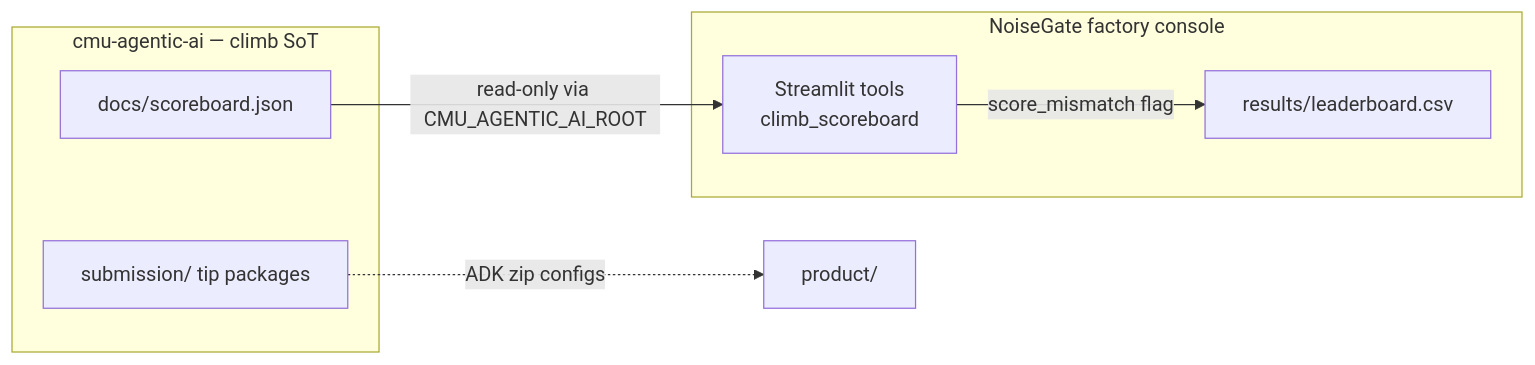
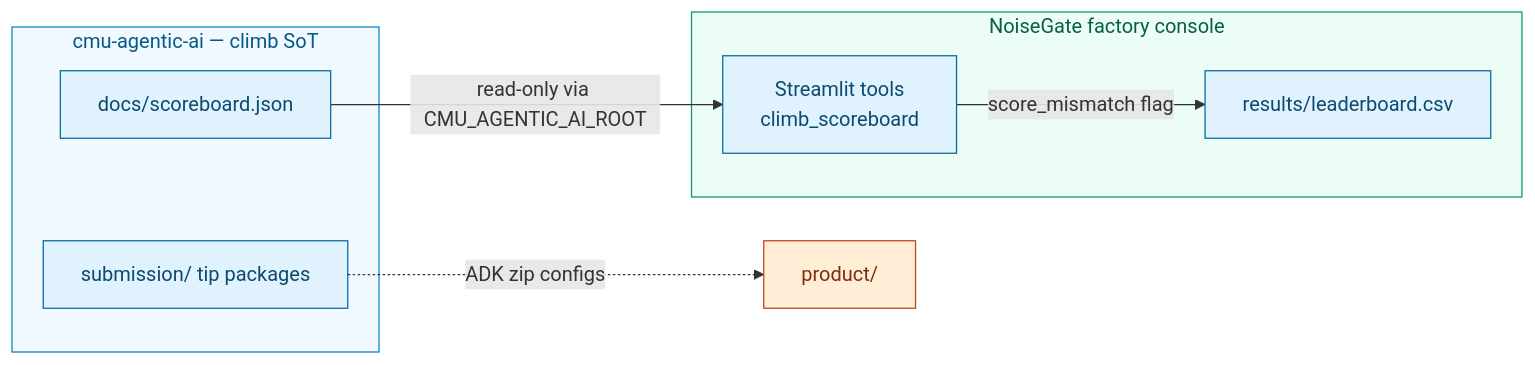
The seventh of 7 diagrams in docs/wiki/Architecture.md (khaosans/noisegate-gemma4-factory), drawn with Mermaid before and after one commit. The commit also changed other lines of this file and 7 other files, not shown here.

First line of the commit message:
release: v1.0.0-beta.1 + Mermaid color legends

````diff
--- a/docs/wiki/Architecture.md
+++ b/docs/wiki/Architecture.md
@@ -173,16 +233,23 @@
 ```mermaid
 flowchart LR
   subgraph CMU["cmu-agentic-ai — climb SoT"]
     SB[docs/scoreboard.json]
     Tips[submission/ tip packages]
   end
 
   subgraph NG["NoiseGate factory console"]
     CSV[results/leaderboard.csv]
     Cons[Streamlit tools<br/>climb_scoreboard]
   end
 
   SB -->|read-only via CMU_AGENTIC_AI_ROOT| Cons
   Cons -->|score_mismatch flag| CSV
   Tips -.->|ADK zip configs| Prod[product/]
+
+  classDef ops fill:#E0F2FE,stroke:#0369A1,color:#0C4A6E
+  classDef product fill:#FFEDD5,stroke:#C2410C,color:#7C2D12
+  class SB,Tips,CSV,Cons ops
+  class Prod product
+  style CMU fill:#F0F9FF,stroke:#0284C7,color:#075985
+  style NG fill:#ECFDF5,stroke:#059669,color:#065F46
 ```
````
